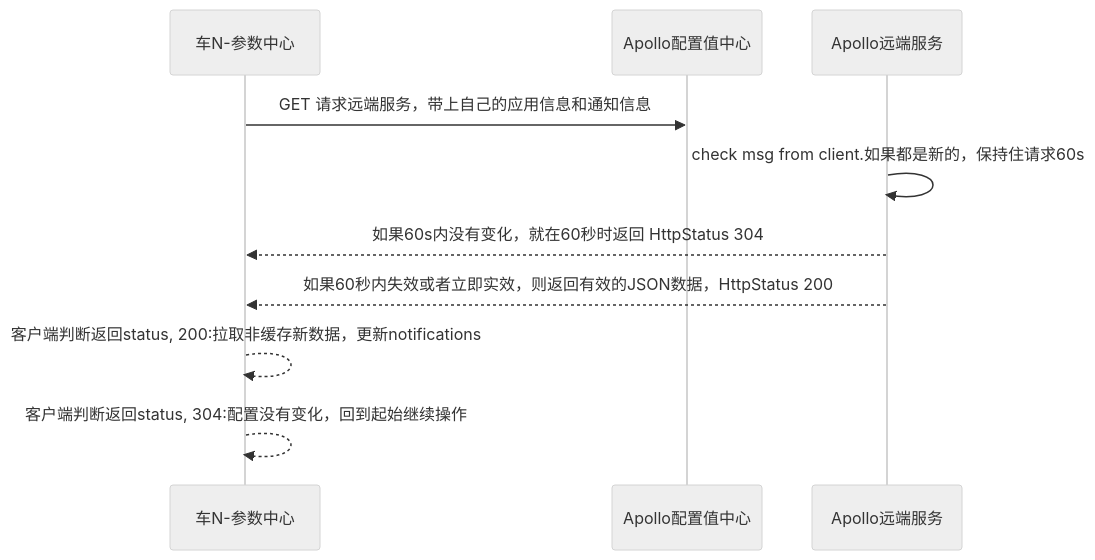
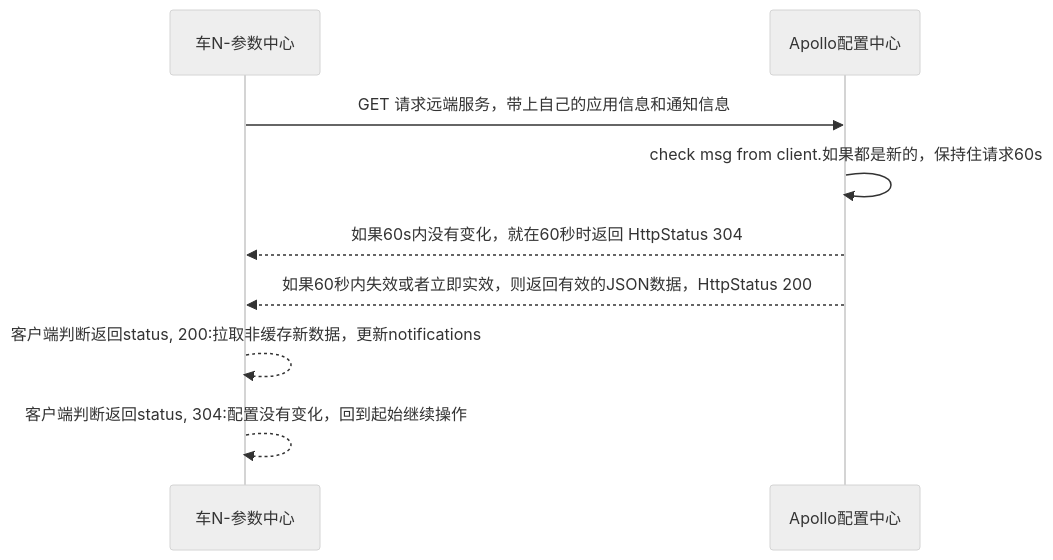
The second of 2 diagrams in README.md (KanonWY/apollo_cpp), drawn with Mermaid (neutral theme) before and after one commit. The commit also changed other lines of this file and 6 other files, not shown here.

````diff
--- a/README.md
+++ b/README.md
@@ -90,9 +90,9 @@
 ```mermaid
 sequenceDiagram
-车N-参数中心 ->> Apollo配置值中心: GET 请求远端服务，带上自己的应用信息和通知信息
-Apollo远端服务 ->> Apollo远端服务: check msg from client.如果都是新的，保持住请求60s
-Apollo远端服务 -->> 车N-参数中心: 如果60s内没有变化，就在60秒时返回 HttpStatus 304
-Apollo远端服务 -->> 车N-参数中心: 如果60秒内失效或者立即实效，则返回有效的JSON数据，HttpStatus 200
+车N-参数中心 ->> Apollo配置中心: GET 请求远端服务，带上自己的应用信息和通知信息
+Apollo配置中心 ->> Apollo配置中心: check msg from client.如果都是新的，保持住请求60s
+Apollo配置中心 -->> 车N-参数中心: 如果60s内没有变化，就在60秒时返回 HttpStatus 304
+Apollo配置中心 -->> 车N-参数中心: 如果60秒内失效或者立即实效，则返回有效的JSON数据，HttpStatus 200
 车N-参数中心 -->> 车N-参数中心: 客户端判断返回status, 200:拉取非缓存新数据，更新notifications
 车N-参数中心 -->> 车N-参数中心: 客户端判断返回status, 304:配置没有变化，回到起始继续操作
 ```
````
